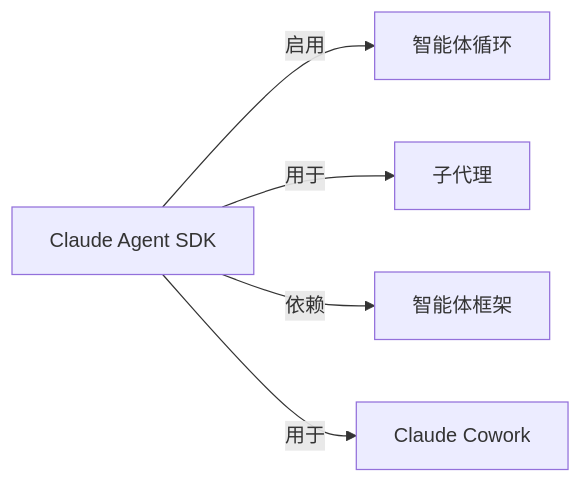
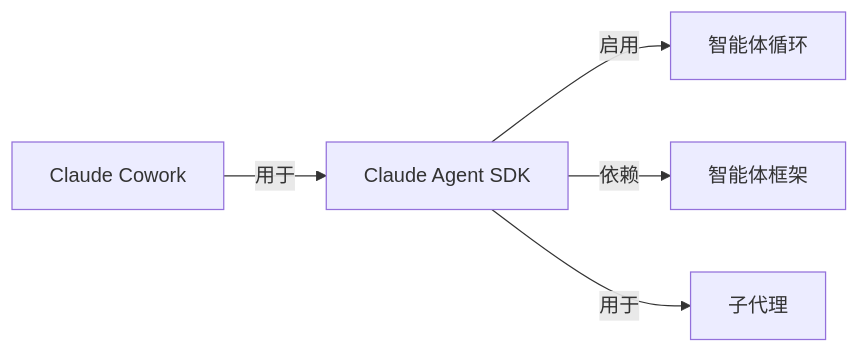
One commit to yibie/claude-best-practices-zh changed the diagram in wiki/Claude-Agent-SDK.md. Above: the diagram before and after it, drawn with Mermaid. The commit also changed other lines of this file and 407 other files, not shown here.

Commit message:
feat: DeepSeek 三遍审校（译文/关系/图谱）+ 可部署静态站点

````diff
--- a/wiki/Claude-Agent-SDK.md
+++ b/wiki/Claude-Agent-SDK.md
@@ -46,8 +47,8 @@
 ```mermaid
 graph LR
   C["Claude Agent SDK"]
   C -->|启用| N0["智能体循环"]
-  C -->|用于| N1["子代理"]
-  C -->|依赖| N2["智能体框架"]
-  C -->|用于| N3["Claude Cowork"]
+  C -->|依赖| N1["智能体框架"]
+  N2["Claude Cowork"] -->|用于| C
+  C -->|用于| N3["子代理"]
 ```
````
